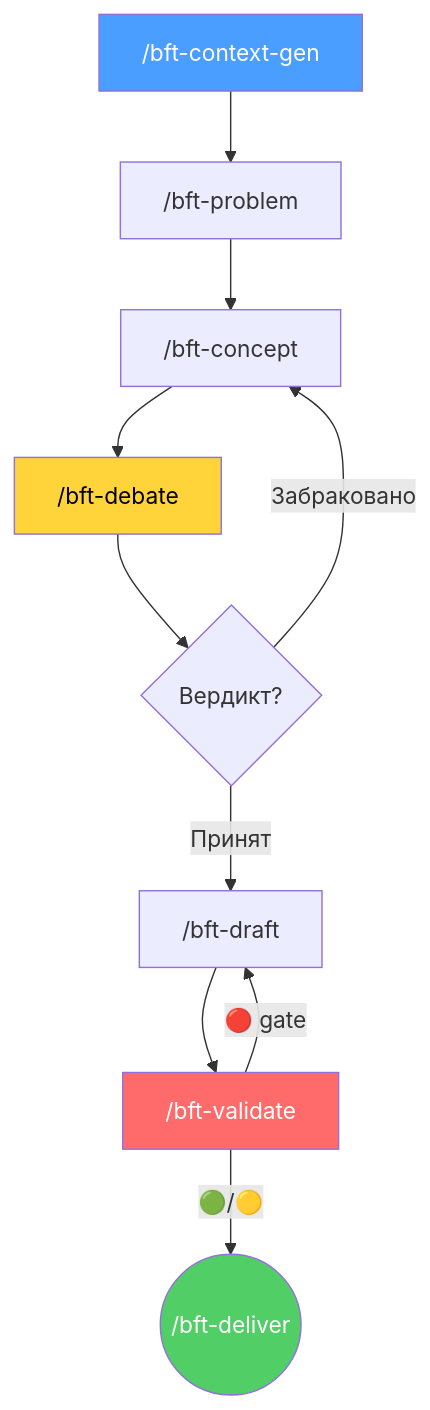
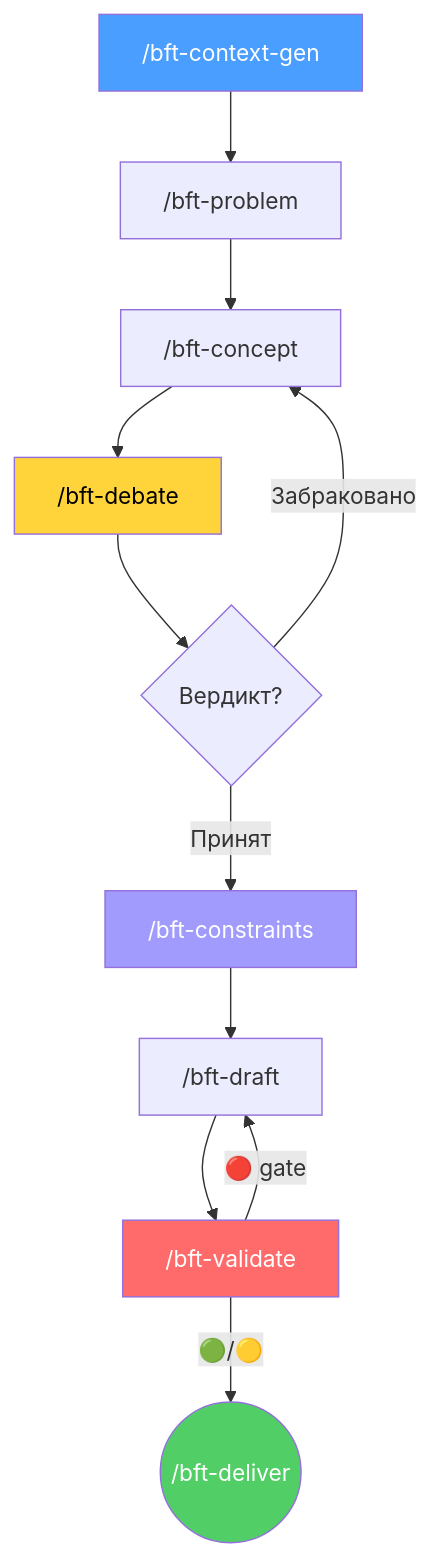
The third of 3 diagrams in README.md (kibarik/po-helper), drawn with Mermaid before and after one commit. The commit also changed other lines of this file and 10 other files, not shown here.

````diff
--- a/README.md
+++ b/README.md
@@ -116,14 +116,16 @@
 ```mermaid
 flowchart TD
     A["/bft-context-gen"] --> B["/bft-problem"] --> C["/bft-concept"] --> D["/bft-debate"]
     D --> E{Вердикт?}
-    E -->|"Принят"| F["/bft-draft"]
+    E -->|"Принят"| K["/bft-constraints"]
     E -->|"Забраковано"| C
+    K --> F["/bft-draft"]
     F --> G["/bft-validate"]
     G -->|"🟢/🟡"| H(("/bft-deliver"))
     G -->|"🔴 gate"| F
     style A fill:#4a9eff,color:#fff
     style D fill:#ffd43b,color:#000
+    style K fill:#a29bfe,color:#fff
     style G fill:#ff6b6b,color:#fff
     style H fill:#51cf66,color:#fff
 ```
````
